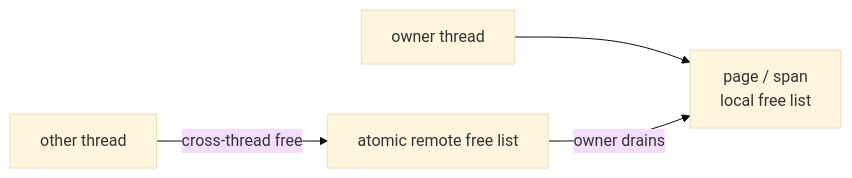
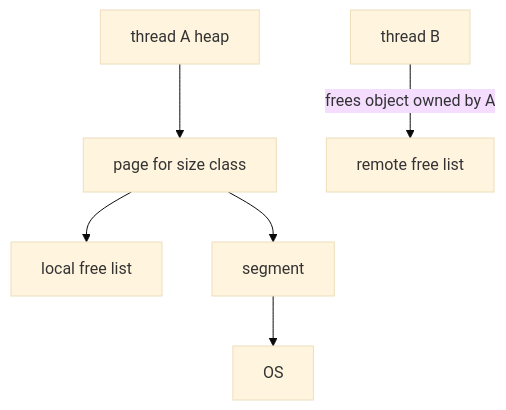
Before and after one commit to sdsasf/my_malloc: the fifth of 5 diagrams in docs/allocator_families.md, drawn with Mermaid (base theme). The commit also changed other lines of this file and 10 other files, not shown here.

````diff
--- a/docs/allocator_families.md
+++ b/docs/allocator_families.md
@@ -323,11 +351,14 @@
 ```mermaid
-flowchart LR
-    T1["owner thread"]
-    Page["page / span<br/>local free list"]
-    Remote["atomic remote free list"]
-    T2["other thread"]
+flowchart TB
+    ThreadA["thread A heap"]
+    PageA["page for size class"]
+    LocalFree["local free list"]
+    RemoteFree["remote free list"]
+    ThreadB["thread B"]
+    Segment["segment"]
+    OS["OS"]
 
-    T1 --> Page
-    T2 -- cross-thread free --> Remote
-    Remote -- owner drains --> Page
+    ThreadA --> PageA --> LocalFree
+    ThreadB -- frees object owned by A --> RemoteFree
+    PageA --> Segment --> OS
 ```
````
